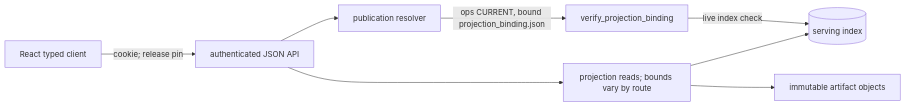
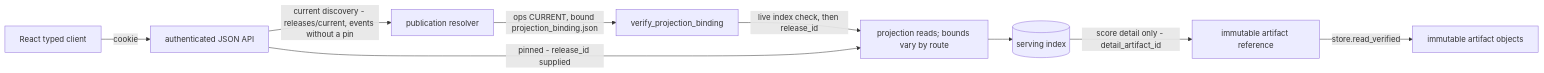
Before and after one commit to yshewchuk/investment-validation: the first of 2 diagrams in engine/v2/serving/ARCHITECTURE.md, drawn with Mermaid. The commit also changed other lines of this file, not shown here.

Commit message:
docs(serving): split pinned vs current reads, score-detail object path, refusal and what-if scope (#190)
Claude-Session: https://claude.ai/code/session_01QUihknYBdZNzYKP1X1yr1K

````diff
--- a/engine/v2/serving/ARCHITECTURE.md
+++ b/engine/v2/serving/ARCHITECTURE.md
@@ -83,9 +83,11 @@
 ```mermaid
 flowchart LR
-  React[React typed client] -->|cookie; release pin| API[authenticated JSON API]
-  API --> Resolver[publication resolver]
+  React[React typed client] -->|cookie| API[authenticated JSON API]
+  API -->|current discovery - releases/current, events without a pin| Resolver[publication resolver]
   Resolver -->|ops CURRENT, bound projection_binding.json| Verify[verify_projection_binding]
-  Verify -->|live index check| Index[(serving index)]
-  API --> Reads[projection reads; bounds vary by route] --> Index
-  Reads --> Objects[immutable artifact objects]
+  Verify -->|live index check, then release_id| Reads[projection reads; bounds vary by route]
+  API -->|pinned - release_id supplied| Reads
+  Reads --> Index[(serving index)]
+  Index -->|score detail only - detail_artifact_id| Ref[immutable artifact reference]
+  Ref -->|store.read_verified| Objects[immutable artifact objects]
 ```
````
